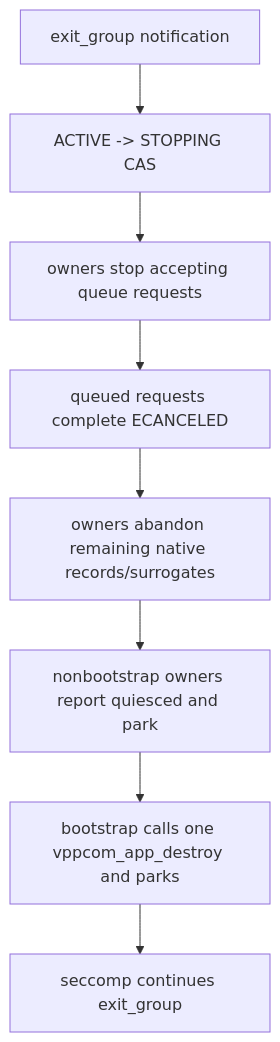
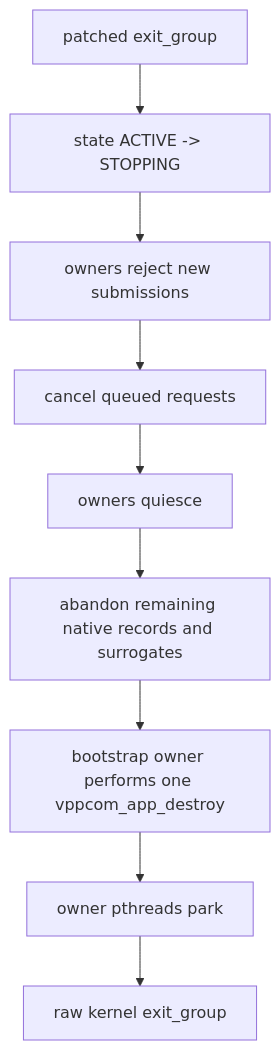
One commit to aritrbas/vclgo changed the fifth of 5 diagrams in docs/architecture.md. Above: the diagram before and after it, drawn with Mermaid. The commit also changed other lines of this file and 32 other files, not shown here.

````diff
--- a/docs/architecture.md
+++ b/docs/architecture.md
@@ -401,10 +506,11 @@
-```mermaid
+~~~mermaid
 flowchart TD
-    X["exit_group notification"] --> S["ACTIVE -> STOPPING CAS"]
-    S --> Q["owners stop accepting queue requests"]
-    Q --> C["queued requests complete ECANCELED"]
-    C --> L["owners abandon remaining native records/surrogates"]
-    L --> U["nonbootstrap owners report quiesced and park"]
-    U --> D["bootstrap calls one vppcom_app_destroy and parks"]
-    D --> R["seccomp continues exit_group"]
-```
+    E["patched exit_group"] --> S["state ACTIVE -> STOPPING"]
+    S --> A["owners reject new submissions"]
+    A --> C["cancel queued requests"]
+    C --> Q["owners quiesce"]
+    Q --> D["abandon remaining native records and surrogates"]
+    D --> B["bootstrap owner performs one vppcom_app_destroy"]
+    B --> P["owner pthreads park"]
+    P --> K["raw kernel exit_group"]
+~~~
````
